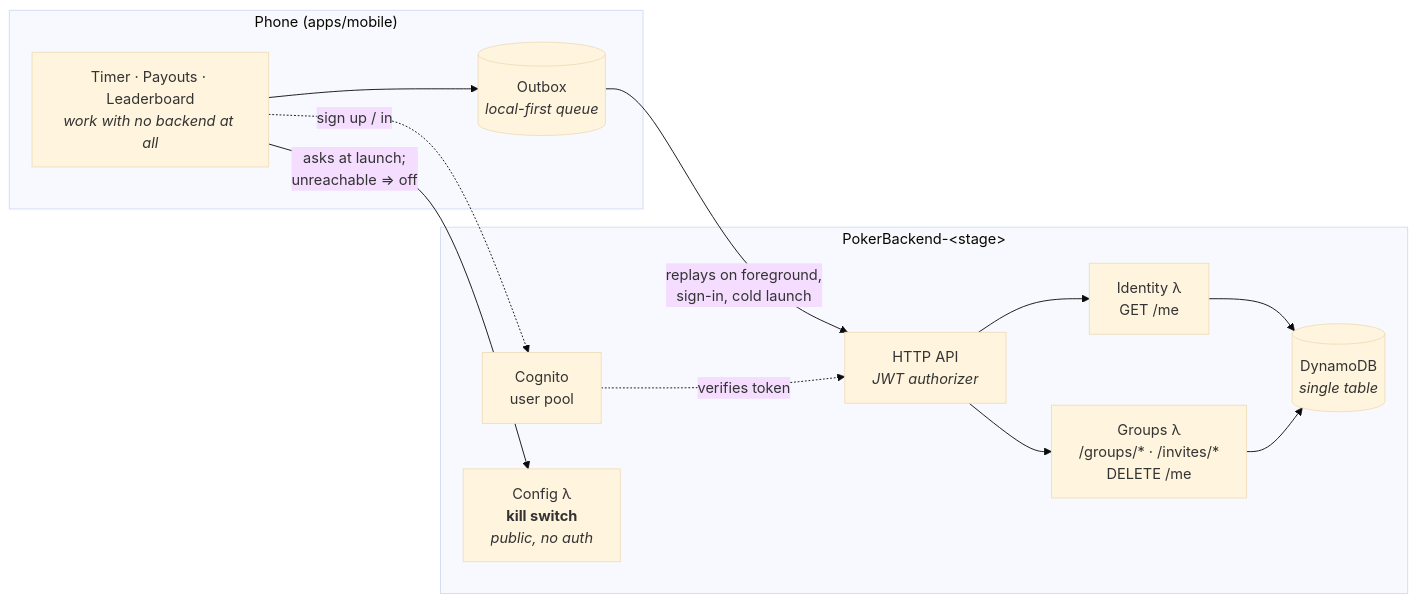
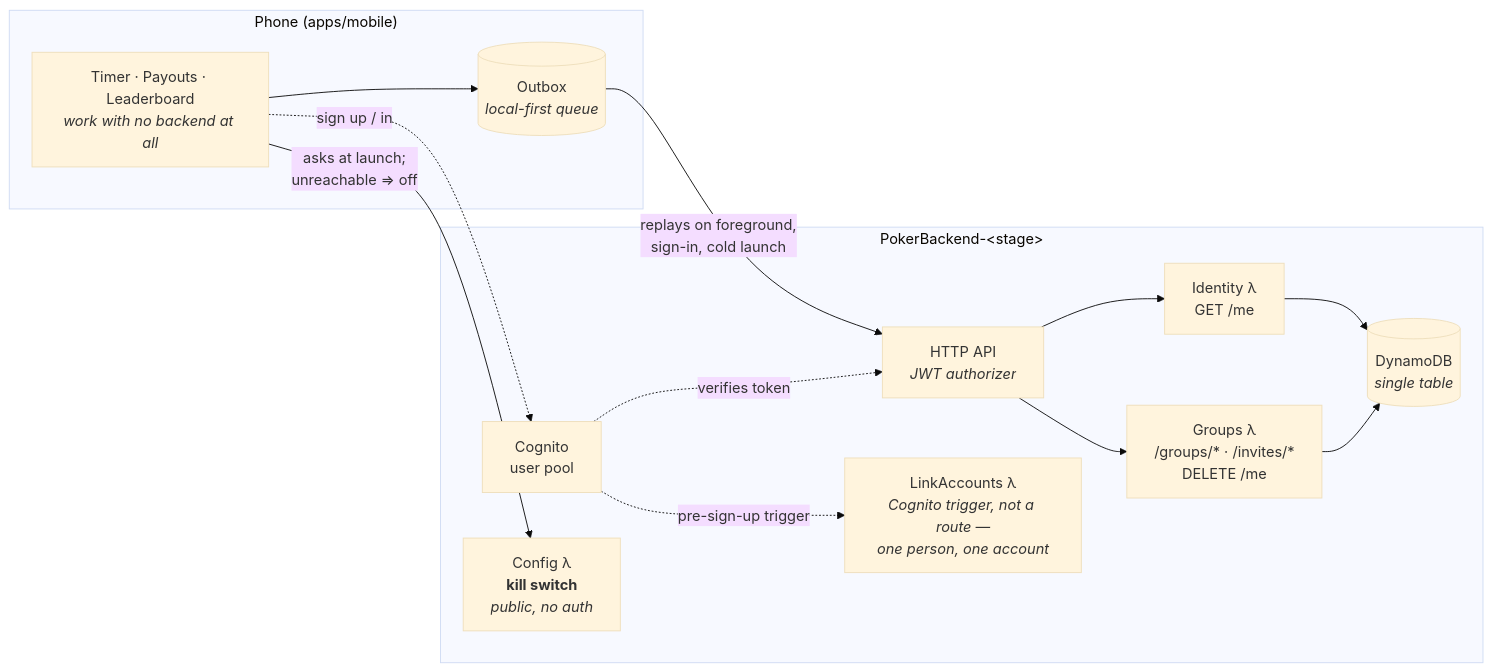
The first of 2 diagrams in ARCHITECTURE.md (toondeboer/poker), drawn with Mermaid (base theme) before and after one commit. The commit also changed 7 other files, not shown here.

````diff
--- a/ARCHITECTURE.md
+++ b/ARCHITECTURE.md
@@ -146,24 +146,26 @@
 ```mermaid
 flowchart LR
   subgraph Phone["Phone (apps/mobile)"]
     UI["Timer · Payouts · Leaderboard<br/><i>work with no backend at all</i>"]
     OB[("Outbox<br/><i>local-first queue</i>")]
   end
 
   subgraph AWS["PokerBackend-&lt;stage&gt;"]
     COG["Cognito<br/>user pool"]
     API["HTTP API<br/><i>JWT authorizer</i>"]
     CFG["Config λ<br/><b>kill switch</b><br/><i>public, no auth</i>"]
     IDN["Identity λ<br/>GET /me"]
     GRP["Groups λ<br/>/groups/* · /invites/*<br/>DELETE /me"]
+    LNK["LinkAccounts λ<br/><i>Cognito trigger, not a route —<br/>one person, one account</i>"]
     DDB[("DynamoDB<br/><i>single table</i>")]
   end
 
   UI --> OB
   OB -->|"replays on foreground,<br/>sign-in, cold launch"| API
   UI -->|"asks at launch;<br/>unreachable ⇒ off"| CFG
   UI -.->|"sign up / in"| COG
   API --> IDN & GRP
   COG -.->|"verifies token"| API
+  COG -.->|"pre-sign-up trigger"| LNK
   IDN & GRP --> DDB
 ```
````
